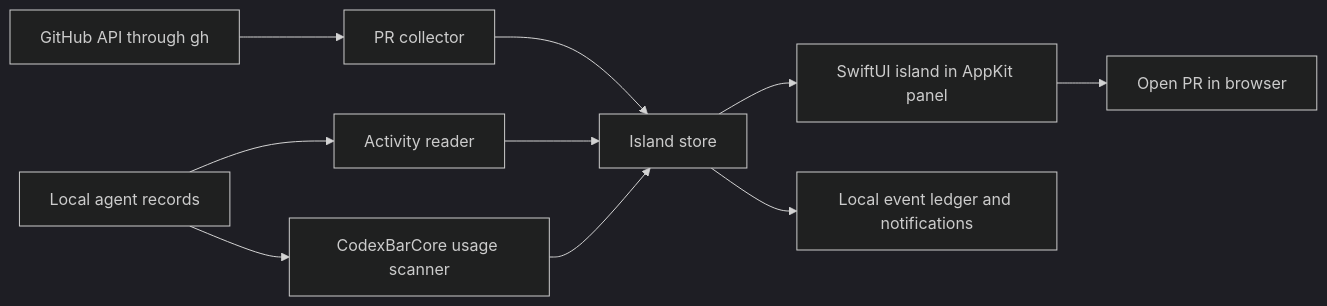
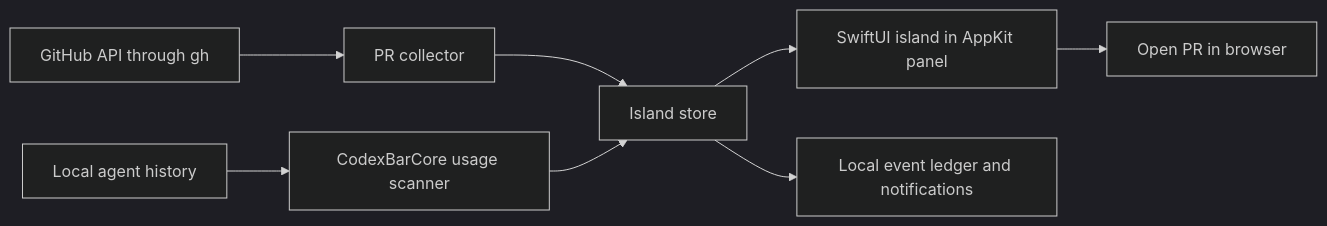
One commit to ppazosp/gitisle changed the diagram in docs/architecture.md. Above: the diagram before and after it, drawn with Mermaid (dark theme). The commit also changed other lines of this file and 14 other files, not shown here.

````diff
--- a/docs/architecture.md
+++ b/docs/architecture.md
@@ -7,12 +7,10 @@
 ```mermaid
 flowchart LR
   GH[GitHub API through gh] --> G[PR collector]
-  LOG[Local agent records] --> A[Activity reader]
-  LOG --> C[CodexBarCore usage scanner]
+  LOG[Local agent history] --> C[CodexBarCore usage scanner]
   G --> S[Island store]
-  A --> S
   C --> S
   S --> U[SwiftUI island in AppKit panel]
   S --> N[Local event ledger and notifications]
   U --> B[Open PR in browser]
 ```
````
